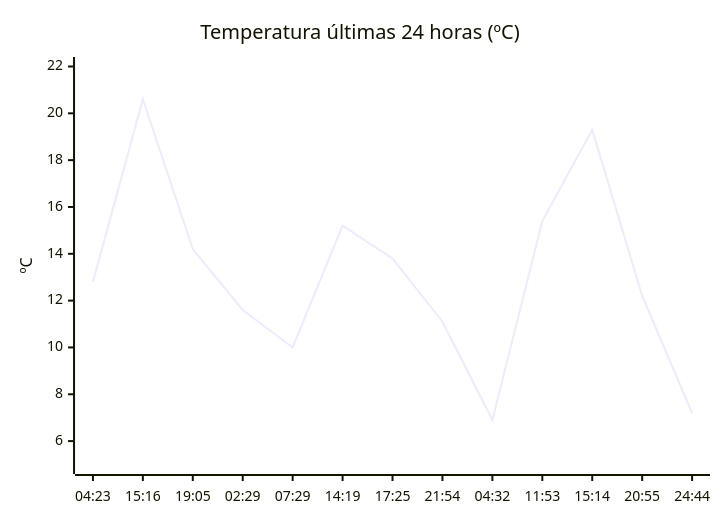
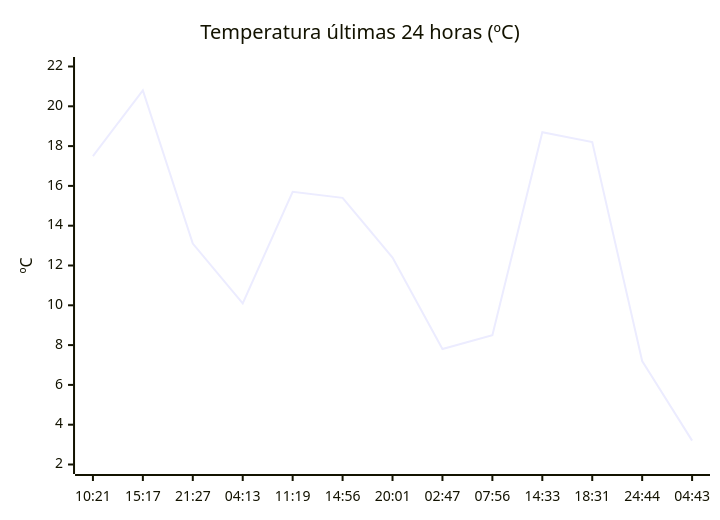
Before and after one commit to solidsnk86/rem-scrap: the diagram in README.md, drawn with Mermaid. The commit also changed other lines of this file, not shown here.

````diff
--- a/README.md
+++ b/README.md
@@ -32,7 +28,7 @@
 ```mermaid
 xychart-beta
     title "Temperatura últimas 24 horas (ºC)"
-    x-axis ["04:23", "15:16", "19:05", "02:29", "07:29", "14:19", "17:25", "21:54", "04:32", "11:53", "15:14", "20:55", "24:44"]
-    y-axis "ºC" 5 --> 22
-    line [12.8, 20.6, 14.2, 11.6, 10, 15.2, 13.8, 11.1, 6.9, 15.4, 19.3, 12.2, 7.2]
+    x-axis ["10:21", "15:17", "21:27", "04:13", "11:19", "14:56", "20:01", "02:47", "07:56", "14:33", "18:31", "24:44", "04:43"]
+    y-axis "ºC" 2 --> 22
+    line [17.5, 20.8, 13.1, 10.1, 15.7, 15.4, 12.4, 7.8, 8.5, 18.7, 18.2, 7.2, 3.2]
 ```
````
